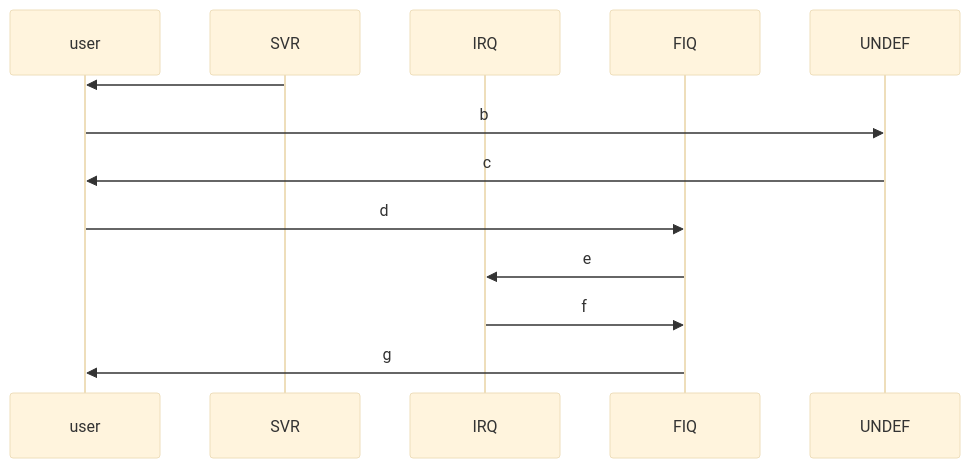
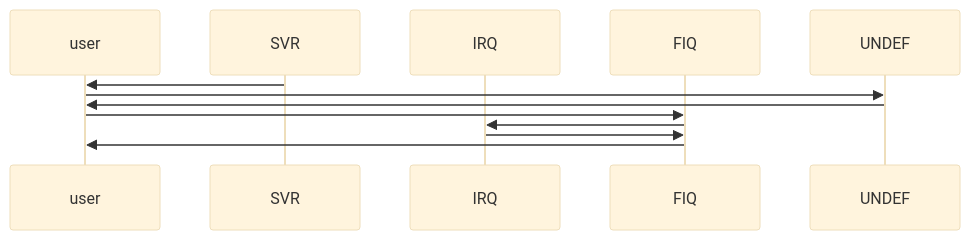
Before and after one commit to nicolasauler/labproc: the diagram in README.md, drawn with Mermaid (base theme). The commit also changed other lines of this file, not shown here.

````diff
--- a/README.md
+++ b/README.md
@@ -295,15 +295,15 @@
 ```mermaid
 sequenceDiagram
     participant user
     participant SVR
     participant IRQ
     participant FIQ
     participant UNDEF
-    SVR->>user: 
-    user->>UNDEF: b
-    UNDEF->>user: c
-    user->>FIQ: d
-    FIQ->>IRQ: e
-    IRQ->>FIQ: f
-    FIQ->>user: g
+    SVR->>user:
+    user->>UNDEF:
+    UNDEF->>user:
+    user->>FIQ:
+    FIQ->>IRQ:
+    IRQ->>FIQ:
+    FIQ->>user:
 ```
````
